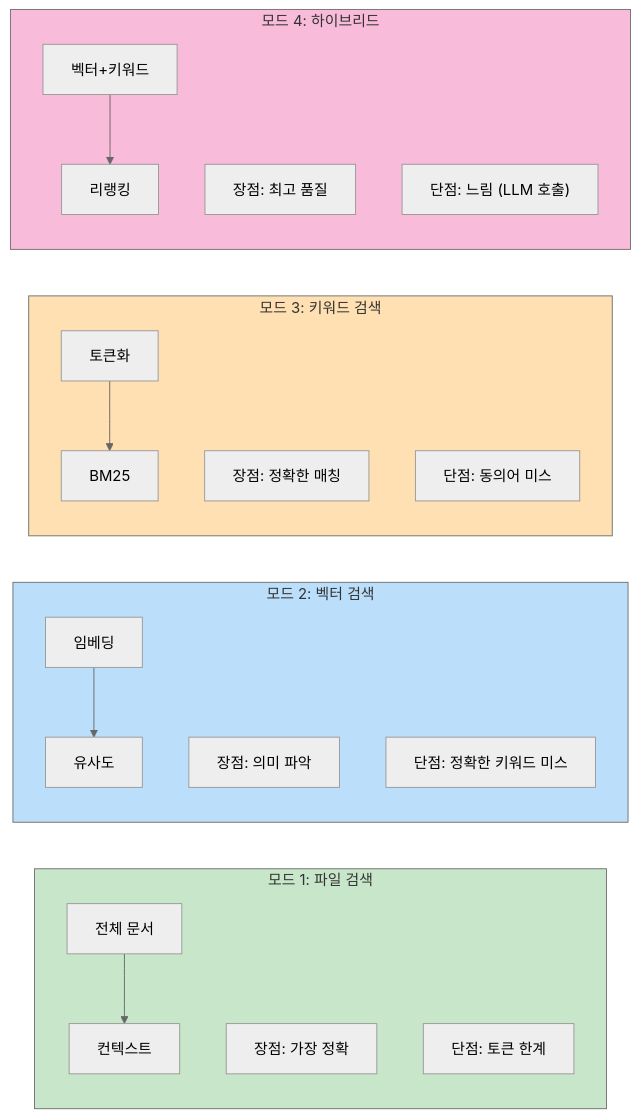
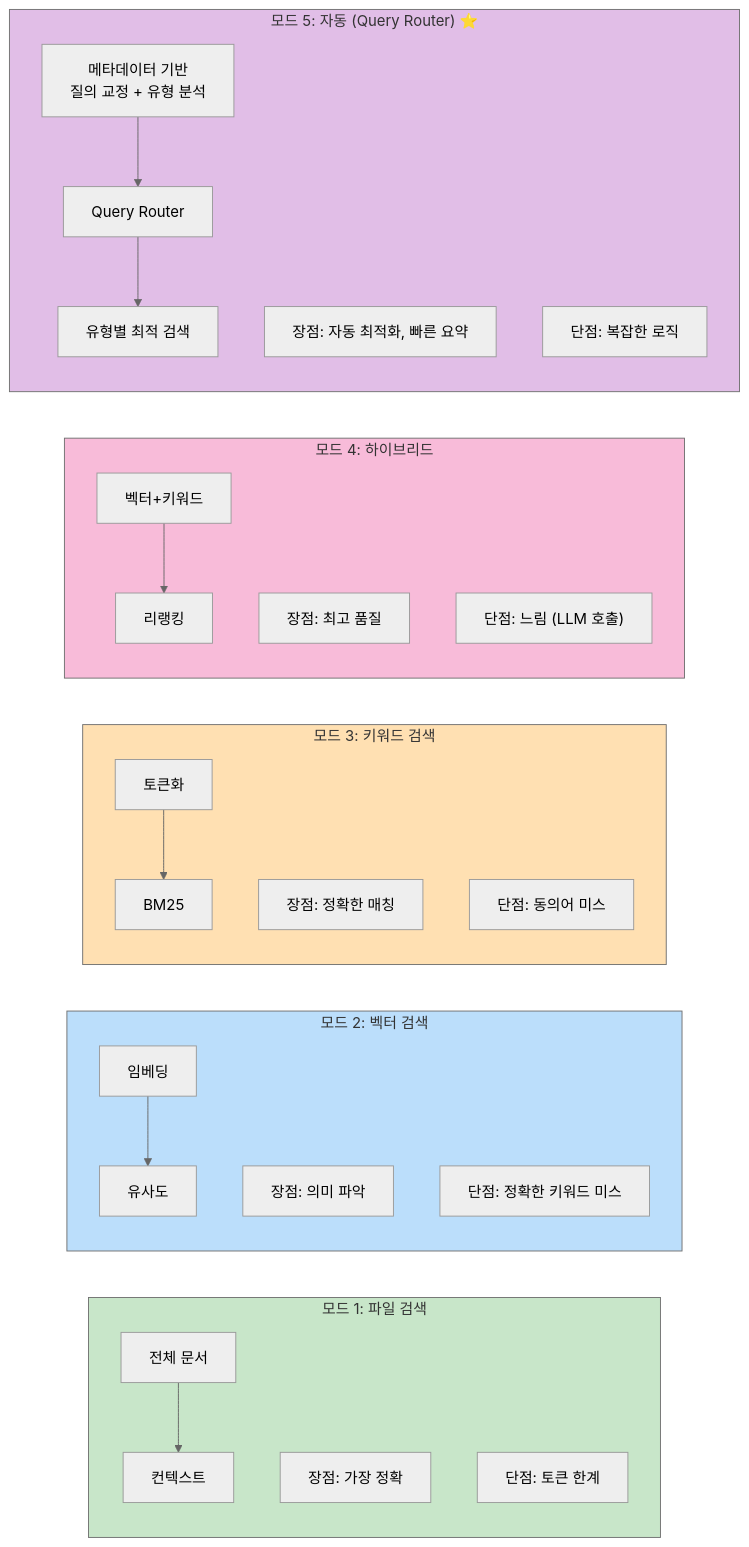
One commit to laurus-kpa007/no-rag changed diagram 21 of 28 in ARCHITECTURE.md. Above: the diagram before and after it, drawn with Mermaid (neutral theme). The commit also changed other lines of this file and 3 other files, not shown here.

````diff
--- a/ARCHITECTURE.md
+++ b/ARCHITECTURE.md
@@ -949,35 +1005,44 @@
 ```mermaid
 flowchart LR
     subgraph MODE1["모드 1: 파일 검색"]
         direction TB
         M1_DOC[전체 문서] --> M1_CTX[컨텍스트]
         M1_PROS["장점: 가장 정확"]
         M1_CONS["단점: 토큰 한계"]
     end
 
     subgraph MODE2["모드 2: 벡터 검색"]
         direction TB
         M2_EMB[임베딩] --> M2_SIM[유사도]
         M2_PROS["장점: 의미 파악"]
         M2_CONS["단점: 정확한 키워드 미스"]
     end
 
     subgraph MODE3["모드 3: 키워드 검색"]
         direction TB
         M3_TOK[토큰화] --> M3_BM25[BM25]
         M3_PROS["장점: 정확한 매칭"]
         M3_CONS["단점: 동의어 미스"]
     end
 
     subgraph MODE4["모드 4: 하이브리드"]
         direction TB
         M4_BOTH[벡터+키워드] --> M4_RERANK[리랭킹]
         M4_PROS["장점: 최고 품질"]
         M4_CONS["단점: 느림 (LLM 호출)"]
     end
 
+    subgraph MODE5["모드 5: 자동 (Query Router) ⭐"]
+        direction TB
+        M5_DETECT[메타데이터 기반<br/>질의 교정 + 유형 분석] --> M5_ROUTE[Query Router]
+        M5_ROUTE --> M5_STRAT[유형별 최적 검색]
+        M5_PROS["장점: 자동 최적화, 빠른 요약"]
+        M5_CONS["단점: 복잡한 로직"]
+    end
+
     style MODE1 fill:#c8e6c9
     style MODE2 fill:#bbdefb
     style MODE3 fill:#ffe0b2
     style MODE4 fill:#f8bbd9
+    style MODE5 fill:#e1bee7
 ```
````
